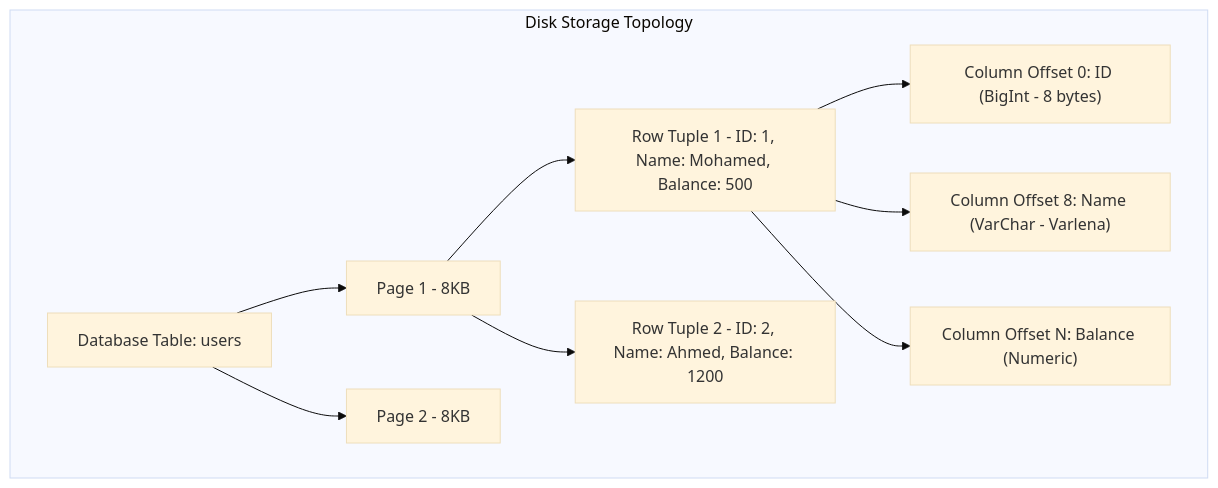
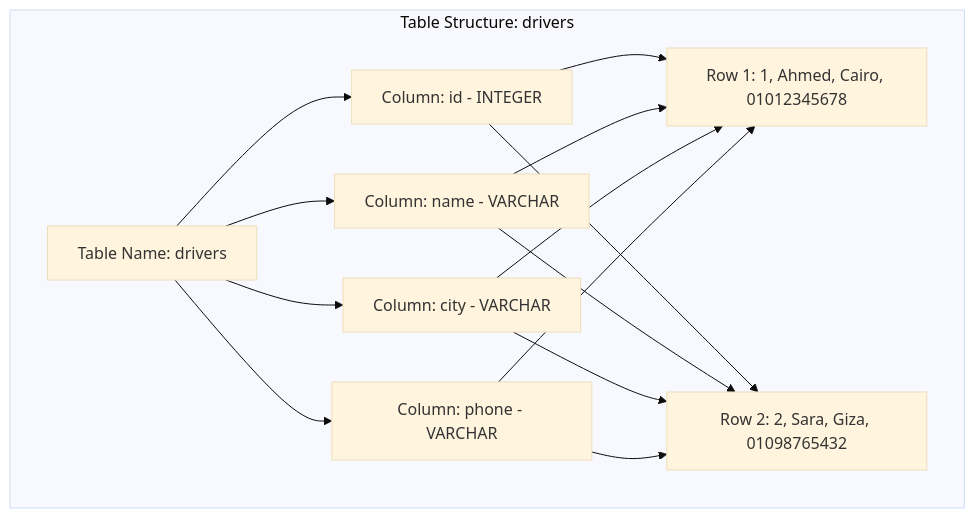
Before and after one commit to muhammad-khaled-tech/My-Study-Notes: the first of 48 diagrams in interviews/SQL-NoSQL-Complete.md, drawn with Mermaid (base theme). The commit also changed other lines of this file and 3 other files, not shown here.

````diff
--- a/interviews/SQL-NoSQL-Complete.md
+++ b/interviews/SQL-NoSQL-Complete.md
@@ -81,12 +44,17 @@
 ```mermaid
 graph TD
-    subgraph "Disk Storage Topology"
-        A["Database Table: users"] --> B["Page 1 - 8KB"]
-        A --> C["Page 2 - 8KB"]
-        B --> D["Row Tuple 1 - ID: 1, Name: Mohamed, Balance: 500"]
-        B --> E["Row Tuple 2 - ID: 2, Name: Ahmed, Balance: 1200"]
-        D --> F["Column Offset 0: ID (BigInt - 8 bytes)"]
-        D --> G["Column Offset 8: Name (VarChar - Varlena)"]
-        D --> H["Column Offset N: Balance (Numeric)"]
+    subgraph "Table Structure: drivers"
+        A["Table Name: drivers"] --> B["Column: id - INTEGER"]
+        A --> C["Column: name - VARCHAR"]
+        A --> D["Column: city - VARCHAR"]
+        A --> E["Column: phone - VARCHAR"]
+        B --> F["Row 1: 1, Ahmed, Cairo, 01012345678"]
+        C --> F
+        D --> F
+        E --> F
+        B --> G["Row 2: 2, Sara, Giza, 01098765432"]
+        C --> G
+        D --> G
+        E --> G
     end
 ```
````
